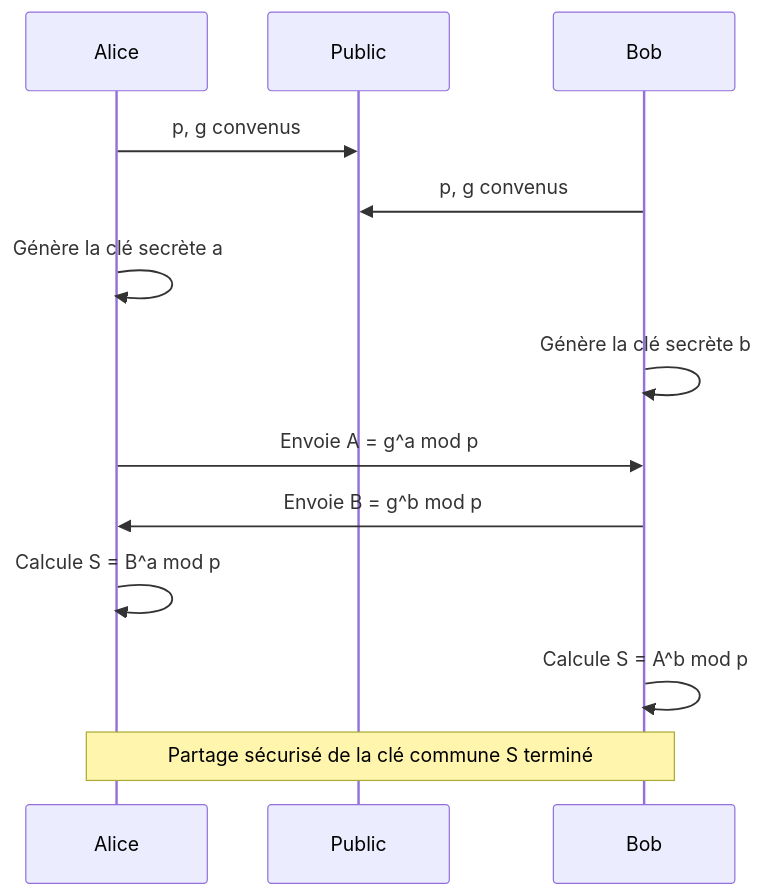
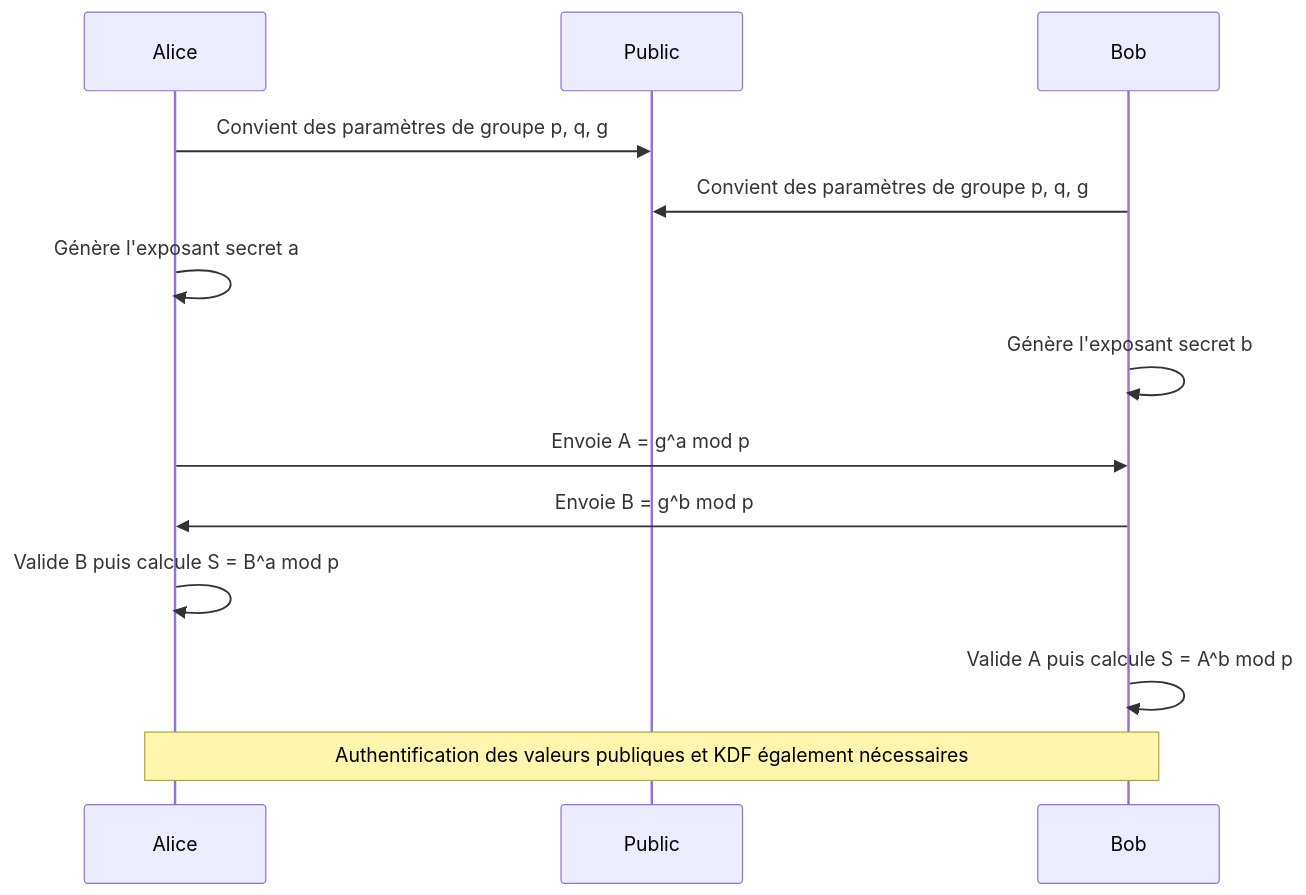
Before and after one commit to kenjinote/blog: the first of 2 diagrams in content/post/public-key-cryptography-rsa-ecc/index.fr.md, drawn with Mermaid. The commit also changed other lines of this file and 5 other files, not shown here.

````diff
--- a/content/post/public-key-cryptography-rsa-ecc/index.fr.md
+++ b/content/post/public-key-cryptography-rsa-ecc/index.fr.md
@@ -38,15 +50,15 @@
 ```mermaid
 sequenceDiagram
     participant Alice
     participant Public
     participant Bob
-    Alice->>Public: p, g convenus
-    Bob->>Public: p, g convenus
-    Alice->>Alice: Génère la clé secrète a
-    Bob->>Bob: Génère la clé secrète b
+    Alice->>Public: Convient des paramètres de groupe p, q, g
+    Bob->>Public: Convient des paramètres de groupe p, q, g
+    Alice->>Alice: Génère l'exposant secret a
+    Bob->>Bob: Génère l'exposant secret b
     Alice->>Bob: Envoie A = g^a mod p
     Bob->>Alice: Envoie B = g^b mod p
-    Alice->>Alice: Calcule S = B^a mod p
-    Bob->>Bob: Calcule S = A^b mod p
-    Note over Alice,Bob: Partage sécurisé de la clé commune S terminé
+    Alice->>Alice: Valide B puis calcule S = B^a mod p
+    Bob->>Bob: Valide A puis calcule S = A^b mod p
+    Note over Alice,Bob: Authentification des valeurs publiques et KDF également nécessaires
 ```
````
